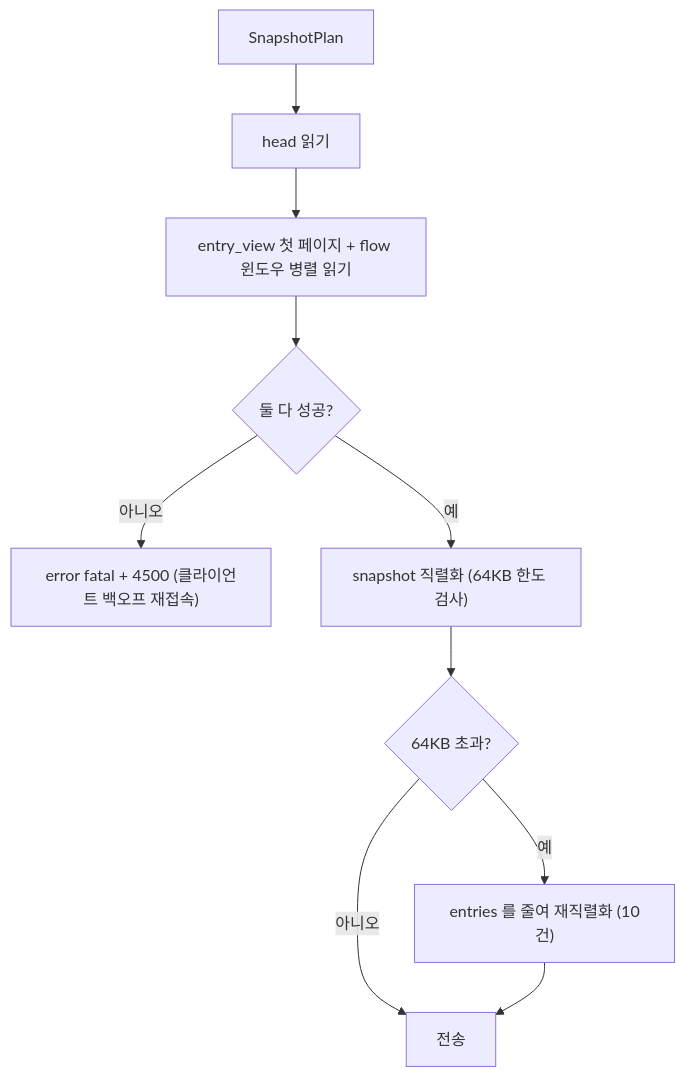
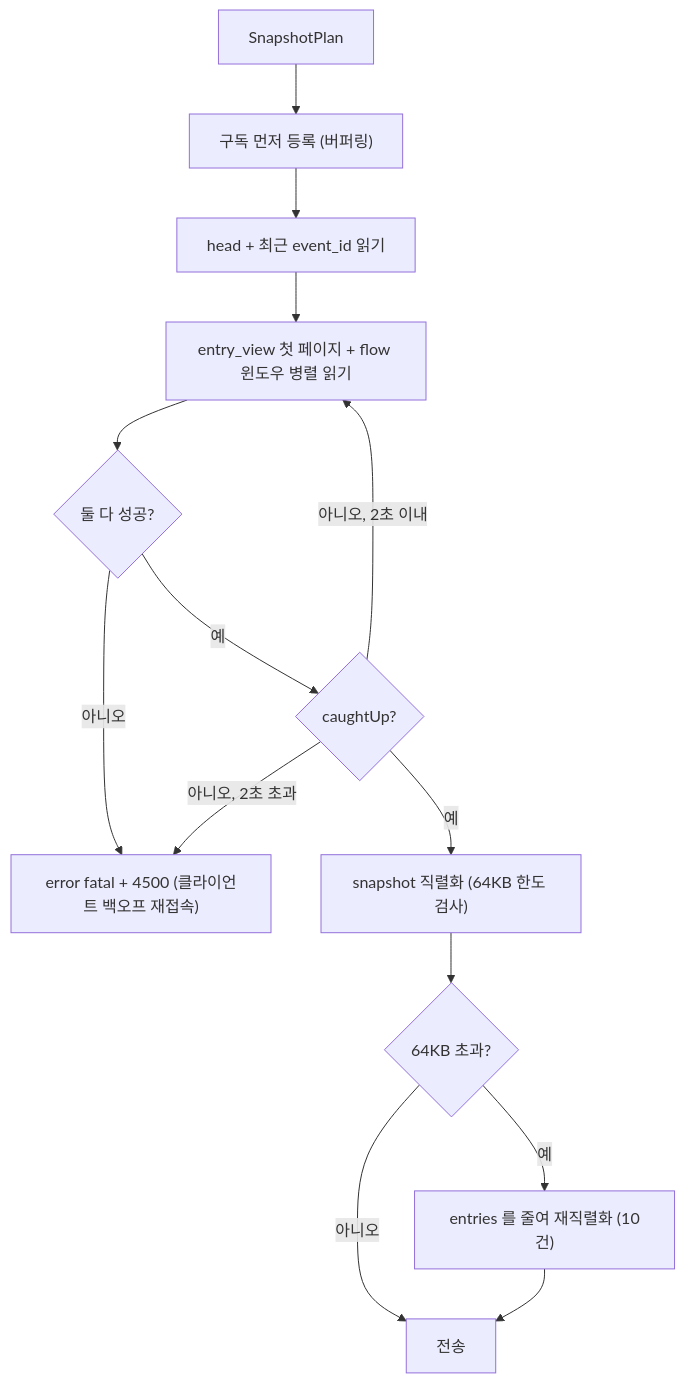
Before and after one commit to 1985jwlee/portpolio_backend: diagram 20 of 53 in docs/design/features/14-realtime.md, drawn with Mermaid. The commit also changed other lines of this file and 27 other files, not shown here.

````diff
--- a/docs/design/features/14-realtime.md
+++ b/docs/design/features/14-realtime.md
@@ -960,12 +965,16 @@
 ```mermaid
 flowchart TD
-    A["SnapshotPlan"] --> B["head 읽기"]
+    A["SnapshotPlan"] --> A2["구독 먼저 등록 (버퍼링)"]
+    A2 --> B["head + 최근 event_id 읽기"]
     B --> C["entry_view 첫 페이지 + flow 윈도우 병렬 읽기"]
     C --> D{"둘 다 성공?"}
     D -- "아니오" --> E["error fatal + 4500 (클라이언트 백오프 재접속)"]
-    D -- "예" --> F["snapshot 직렬화 (64KB 한도 검사)"]
+    D -- "예" --> CU{"caughtUp?"}
+    CU -- "아니오, 2초 이내" --> C
+    CU -- "아니오, 2초 초과" --> E
+    CU -- "예" --> F["snapshot 직렬화 (64KB 한도 검사)"]
     F --> G{"64KB 초과?"}
     G -- "예" --> H["entries 를 줄여 재직렬화 (10건)"]
     G -- "아니오" --> I["전송"]
     H --> I
 ```
````
